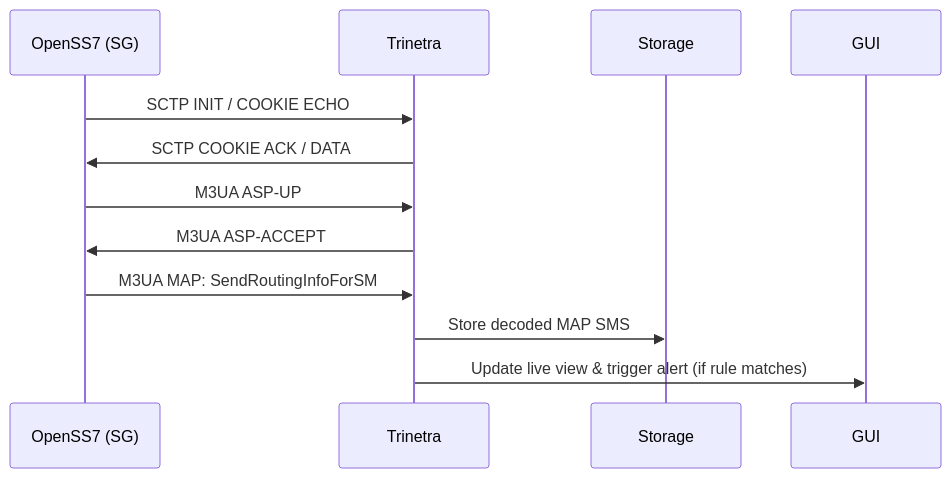
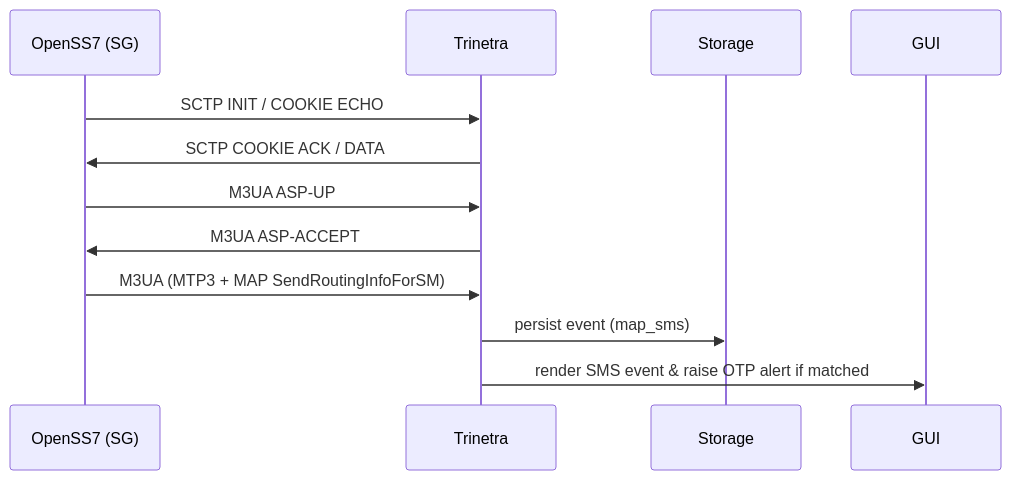
One commit to Lucifer-0217/Fostter changed the second of 2 diagrams in README.md. Above: the diagram before and after it, drawn with Mermaid. The commit also changed other lines of this file, not shown here.

````diff
--- a/README.md
+++ b/README.md
@@ -298,13 +421,13 @@
 ```mermaid
 sequenceDiagram
   participant SG as OpenSS7 (SG)
   participant TR as Trinetra
   participant DB as Storage
   SG->>TR: SCTP INIT / COOKIE ECHO
   TR->>SG: SCTP COOKIE ACK / DATA
   SG->>TR: M3UA ASP-UP
   TR->>SG: M3UA ASP-ACCEPT
-  SG->>TR: M3UA MAP: SendRoutingInfoForSM
-  TR->>DB: Store decoded MAP SMS
-  TR->>GUI: Update live view & trigger alert (if rule matches)
+  SG->>TR: M3UA (MTP3 + MAP SendRoutingInfoForSM)
+  TR->>DB: persist event (map_sms)
+  TR->>GUI: render SMS event & raise OTP alert if matched
 ```
````
